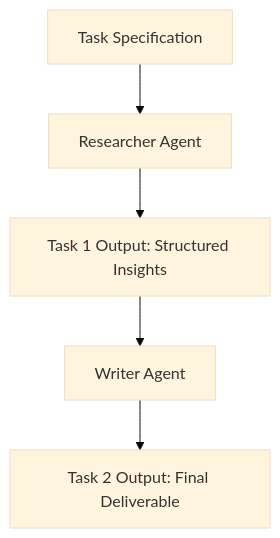
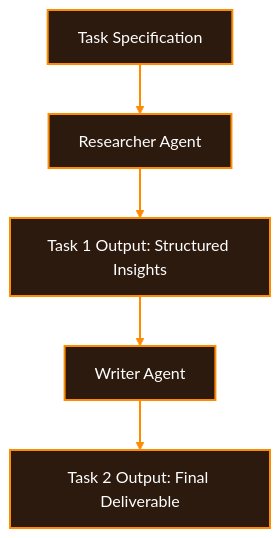
Before and after one commit to MaxwellMensah/agentic_engineering: the first of 2 diagrams in multi_agents/readme.md, drawn with Mermaid (base theme). The commit also changed other lines of this file, not shown here.

````diff
--- a/multi_agents/readme.md
+++ b/multi_agents/readme.md
@@ -76,8 +68,12 @@
 ```mermaid
 graph TD
     A[Task Specification] --> B[Researcher Agent]
     B --> C[Task 1 Output: Structured Insights]
     C --> D[Writer Agent]
     D --> E[Task 2 Output: Final Deliverable]
 
+    classDef orangeNode fill:#2d1a0e,stroke:#ff8c00,stroke-width:2px,color:#ffffff;
+    class A,B,C,D,E orangeNode;
+    linkStyle default stroke:#ff8c00,stroke-width:2px;
+
 ```
````
